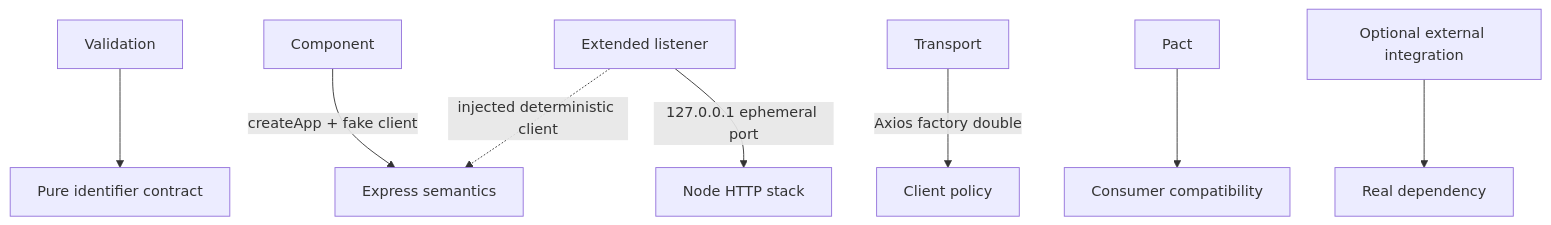
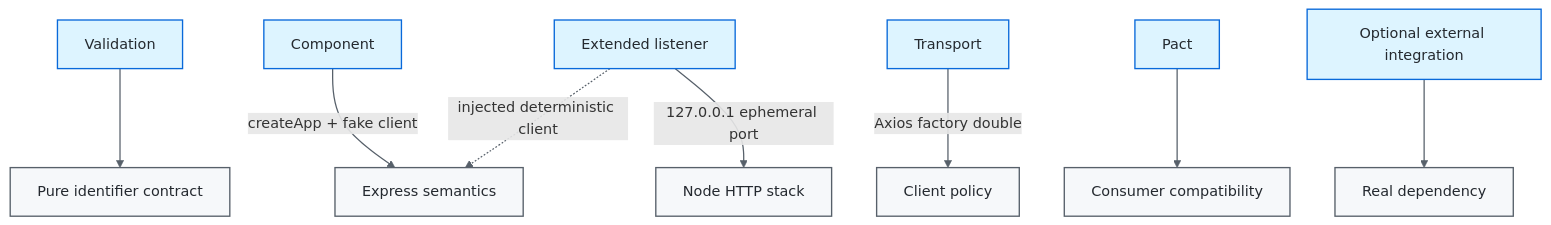
Before and after one commit to portyu9/qa-automation-node-supertest: the second of 3 diagrams in README.md, drawn with Mermaid. The commit also changed other lines of this file, not shown here.

Commit message:
Polish badges and Mermaid diagrams (#16)

````diff
--- a/README.md
+++ b/README.md
@@ -147,10 +153,16 @@
 ```mermaid
 flowchart TD
     C[Component] -->|createApp + fake client| E[Express semantics]
     V[Validation] --> PURE[Pure identifier contract]
     T[Transport] -->|Axios factory double| HTTP[Client policy]
     P[Pact] --> CONTRACT[Consumer compatibility]
     L[Extended listener] -->|127.0.0.1 ephemeral port| TCP[Node HTTP stack]
     L -. injected deterministic client .-> E
     LIVE[Optional external integration] --> EXT[Real dependency]
+
+    classDef entry fill:#ddf4ff,stroke:#0969da,color:#24292f,stroke-width:1.5px;
+    classDef core fill:#f6f8fa,stroke:#57606a,color:#24292f,stroke-width:1.5px;
+    class C,V,T,P,L,LIVE entry;
+    class E,PURE,HTTP,CONTRACT,TCP,EXT core;
+    linkStyle default stroke:#57606a,stroke-width:1.4px;
 ```
````
